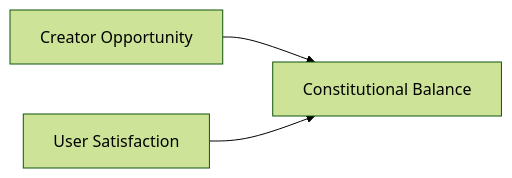
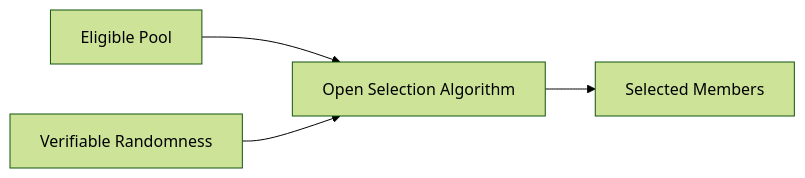
Before and after one commit to ShigeichiroYamasaki/creator-first-platform: the fifth of 23 diagrams in docs/whitepaper/07-governance.md, drawn with Mermaid (forest theme). The commit also changed other lines of this file and 1 other file, not shown here.

````diff
--- a/docs/whitepaper/07-governance.md
+++ b/docs/whitepaper/07-governance.md
@@ -114,9 +240,11 @@
 ```mermaid
 flowchart LR
-    CREATOR[Creator Opportunity]
-    BALANCE[Constitutional Balance]
-    USER[User Satisfaction]
+    POOL[Eligible Pool]
+    RAND[Verifiable Randomness]
+    ALG[Open Selection Algorithm]
+    RESULT[Selected Members]
 
-    CREATOR --> BALANCE
-    USER --> BALANCE
+    POOL --> ALG
+    RAND --> ALG
+    ALG --> RESULT
 ```
````
